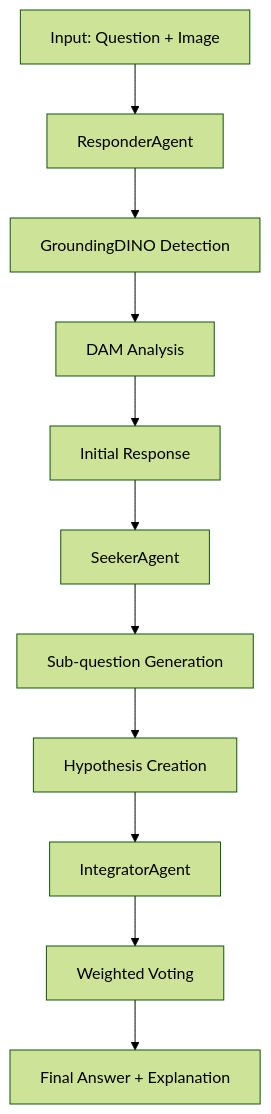
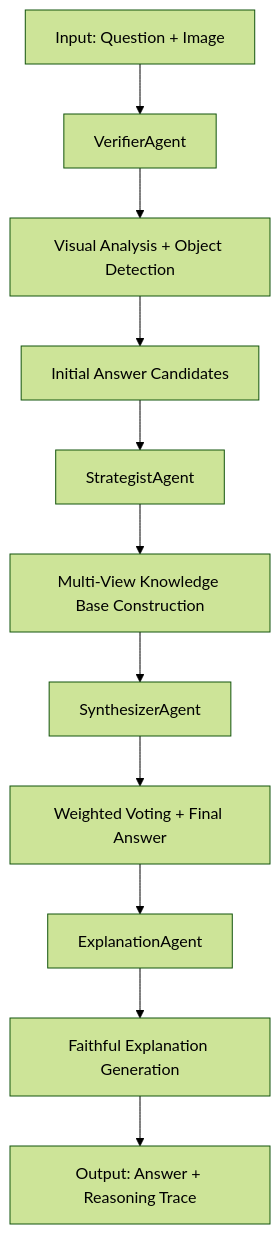
Before and after one commit to duongtruongbinh/Improve_ViVQA-X_baseline: the diagram in FDR/docs/ARCHITECTURE.md, drawn with Mermaid (forest theme). The commit also changed other lines of this file and 8 other files, not shown here.

````diff
--- a/FDR/docs/ARCHITECTURE.md
+++ b/FDR/docs/ARCHITECTURE.md
@@ -10,13 +12,13 @@
 ```mermaid
 graph TD
-    A[Input: Question + Image] --> B[ResponderAgent]
-    B --> C[GroundingDINO Detection]
-    C --> D[DAM Analysis]
-    D --> E[Initial Response]
-    E --> F[SeekerAgent]
-    F --> G[Sub-question Generation]
-    G --> H[Hypothesis Creation]
-    H --> I[IntegratorAgent]
-    I --> J[Weighted Voting]
-    J --> K[Final Answer + Explanation]
+    A[Input: Question + Image] --> B[VerifierAgent]
+    B --> C[Visual Analysis + Object Detection]
+    C --> D[Initial Answer Candidates]
+    D --> E[StrategistAgent]
+    E --> F[Multi-View Knowledge Base Construction]
+    F --> G[SynthesizerAgent]
+    G --> H[Weighted Voting + Final Answer]
+    H --> I[ExplanationAgent]
+    I --> J[Faithful Explanation Generation]
+    J --> K[Output: Answer + Reasoning Trace]
 ```
````
